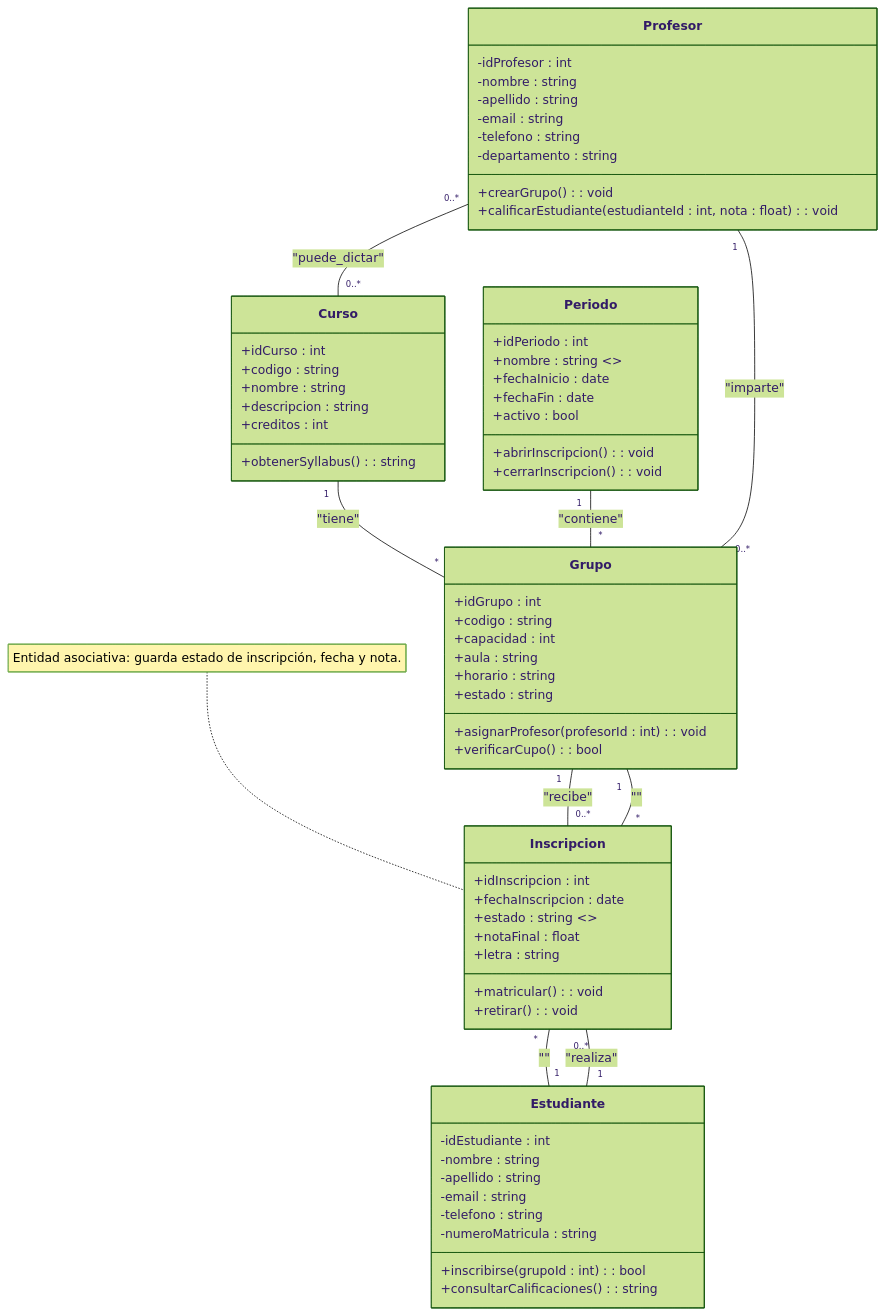
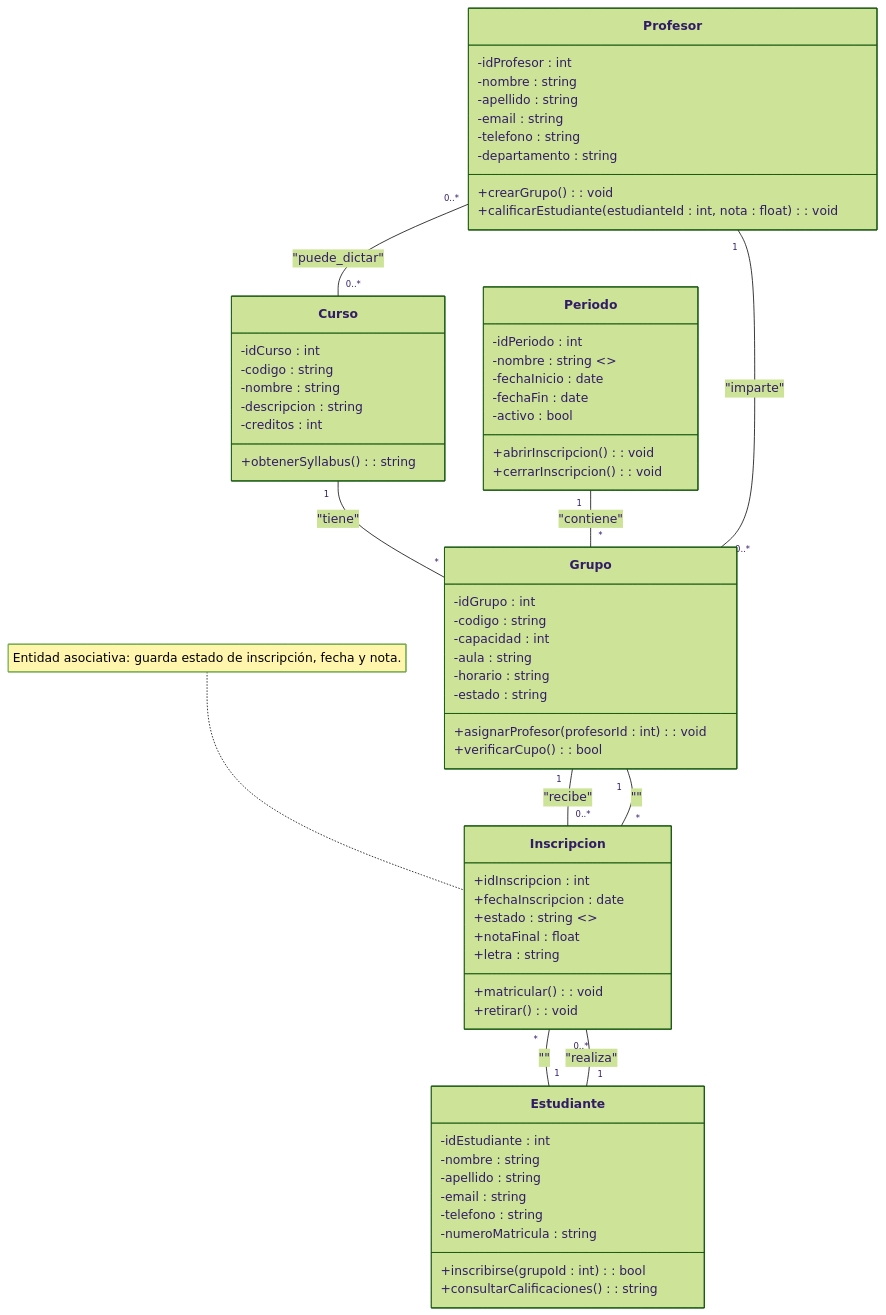
The diagram in Lab01/Laboratorio 1.mmd (TOACR/II-51-Laboratorios), drawn with Mermaid (forest theme) before and after one commit. The commit also changed 1 other file, not shown here.

Commit message:
Completando UML

```diff
--- a/Lab01/Laboratorio 1.mmd
+++ b/Lab01/Laboratorio 1.mmd
@@ -1,74 +1,74 @@
 classDiagram
     class Profesor {
       -idProfesor : int
       -nombre : string
       -apellido : string
       -email : string
       -telefono : string
       -departamento : string
       +crearGrupo() : void
       +calificarEstudiante(estudianteId : int, nota : float) : void
     }
 
     class Estudiante {
       -idEstudiante : int
       -nombre : string
       -apellido : string
       -email : string
       -telefono : string
       -numeroMatricula : string
       +inscribirse(grupoId : int) : bool
       +consultarCalificaciones() : string
     }
 
     class Curso {
-      +idCurso : int
-      +codigo : string
-      +nombre : string
-      +descripcion : string
-      +creditos : int
+      -idCurso : int
+      -codigo : string
+      -nombre : string
+      -descripcion : string
+      -creditos : int
       +obtenerSyllabus() : string
     }
 
     class Periodo {
-      +idPeriodo : int
-      +nombre : string  <<ej: "2025-1">>
-      +fechaInicio : date
-      +fechaFin : date
-      +activo : bool
+      -idPeriodo : int
+      -nombre : string  <<ej: "2025-1">>
+      -fechaInicio : date
+      -fechaFin : date
+      -activo : bool
       +abrirInscripcion() : void
       +cerrarInscripcion() : void
     }
 
     class Grupo {
-      +idGrupo : int
-      +codigo : string
-      +capacidad : int
-      +aula : string
-      +horario : string
-      +estado : string
+      -idGrupo : int
+      -codigo : string
+      -capacidad : int
+      -aula : string
+      -horario : string
+      -estado : string
       +asignarProfesor(profesorId : int) : void
       +verificarCupo() : bool
     }
 
     class Inscripcion {
       +idInscripcion : int
       +fechaInscripcion : date
       +estado : string  <<ej: "Matriculado","Retirado">>
       +notaFinal : float
       +letra : string
       +matricular() : void
       +retirar() : void
     }
 
     %% Relaciones
     Curso "1" -- "*" Grupo : "tiene"
     Periodo "1" -- "*" Grupo : "contiene"
     Profesor "1" -- "0..*" Grupo : "imparte"
     Estudiante "1" -- "0..*" Inscripcion : "realiza"
     Grupo "1" -- "0..*" Inscripcion : "recibe"
     Inscripcion "*" -- "1" Estudiante : ""
     Inscripcion "*" -- "1" Grupo : ""
     Profesor "0..*" -- "0..*" Curso : "puede_dictar"
 
     note for Inscripcion "Entidad asociativa: guarda estado de inscripción, fecha y nota."
```
